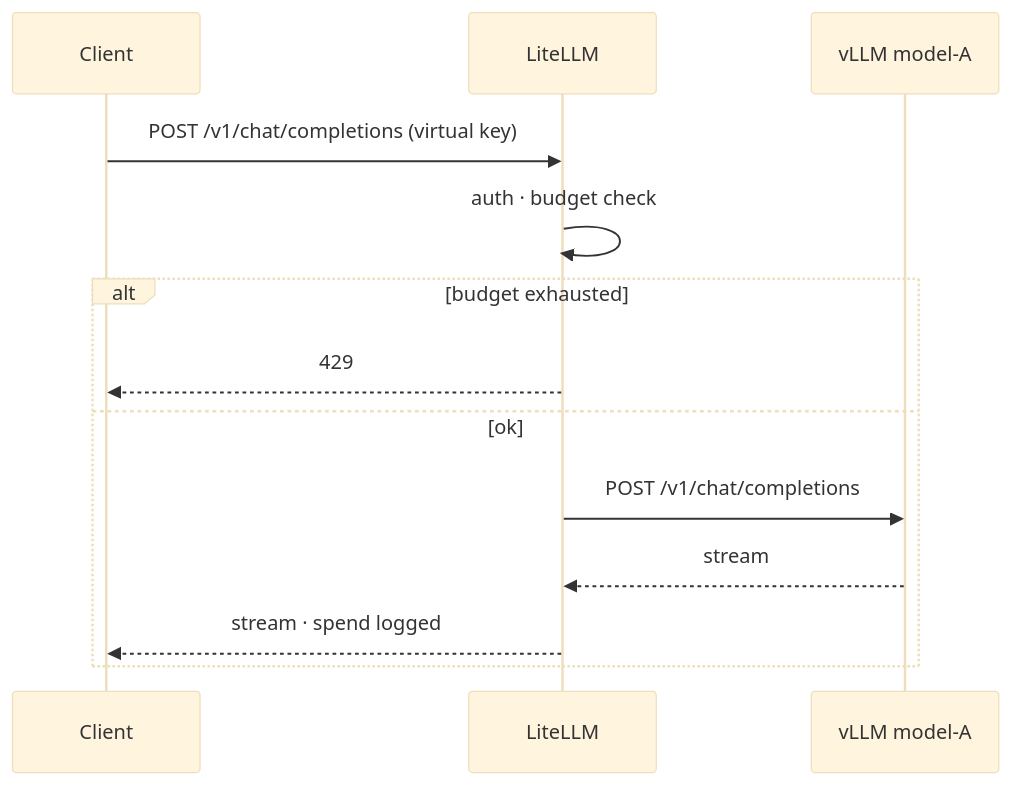
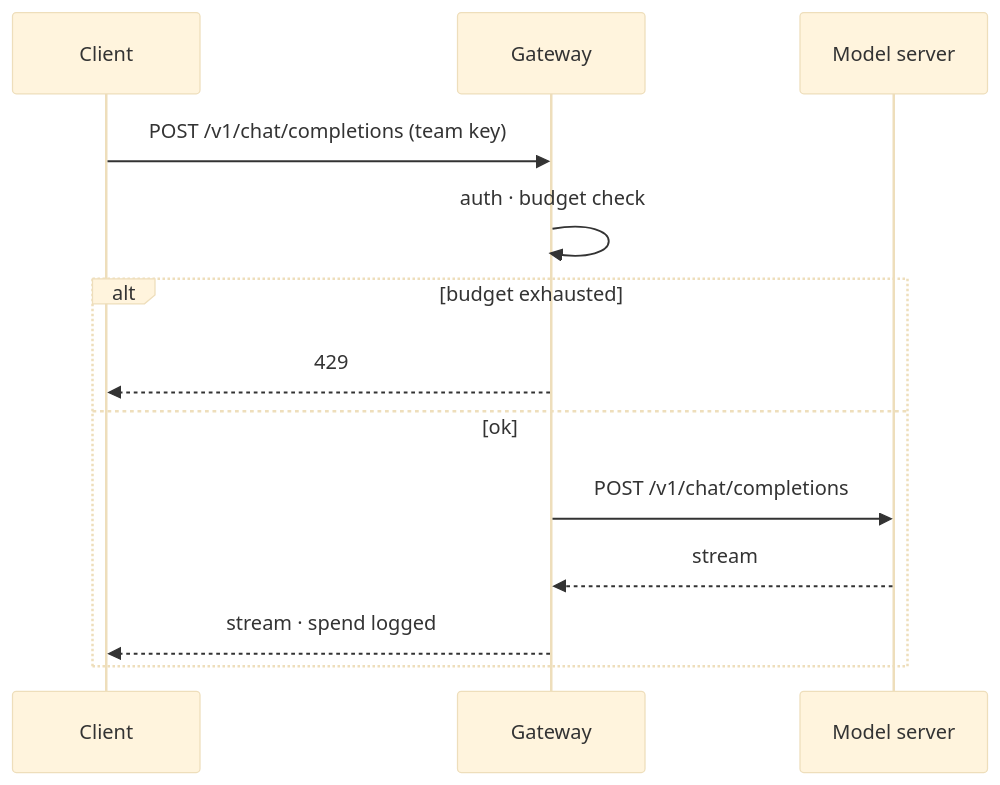
Before and after one commit to KSriki/agent-harness-template: the third of 3 diagrams in skills/architecture-diagrams/SKILL.md, drawn with Mermaid (base theme). The commit also changed other lines of this file and 41 other files, not shown here.

````diff
--- a/skills/architecture-diagrams/SKILL.md
+++ b/skills/architecture-diagrams/SKILL.md
@@ -121,15 +121,15 @@
 ```mermaid
 sequenceDiagram
   participant C as Client
-  participant L as LiteLLM
-  participant V as vLLM model-A
-  C->>L: POST /v1/chat/completions (virtual key)
-  L->>L: auth · budget check
+  participant G as Gateway
+  participant M as Model server
+  C->>G: POST /v1/chat/completions (team key)
+  G->>G: auth · budget check
   alt budget exhausted
-    L-->>C: 429
+    G-->>C: 429
   else ok
-    L->>V: POST /v1/chat/completions
-    V-->>L: stream
-    L-->>C: stream · spend logged
+    G->>M: POST /v1/chat/completions
+    M-->>G: stream
+    G-->>C: stream · spend logged
   end
 ```
````
